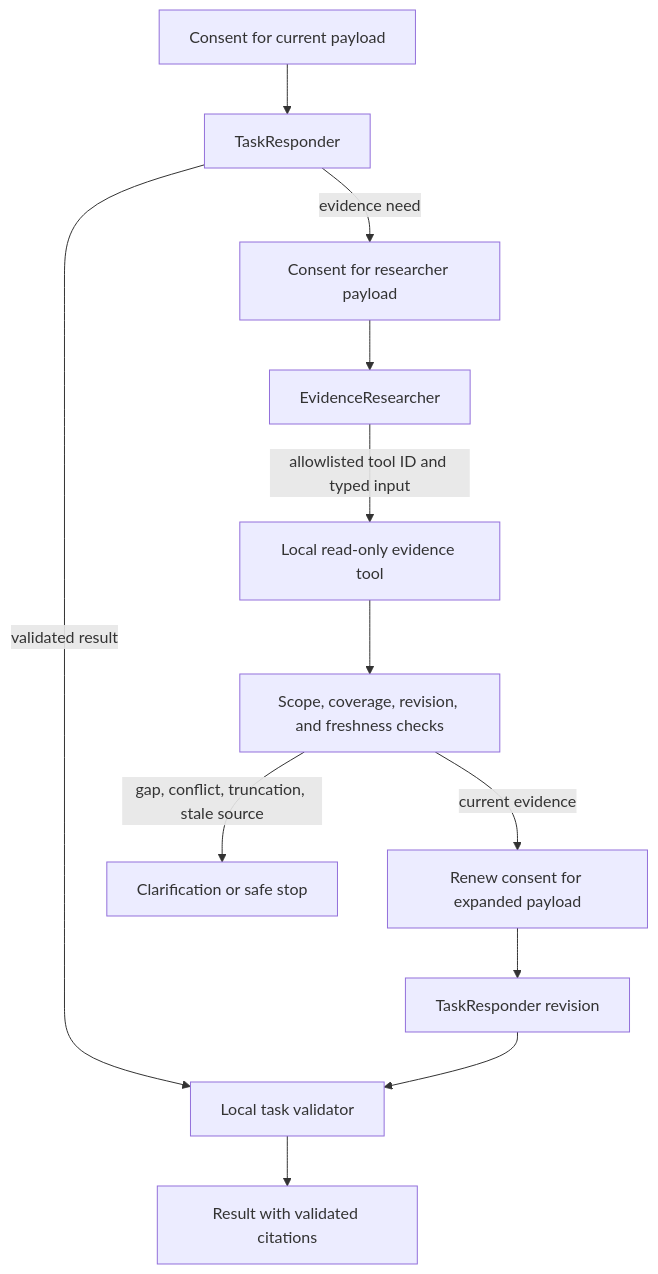
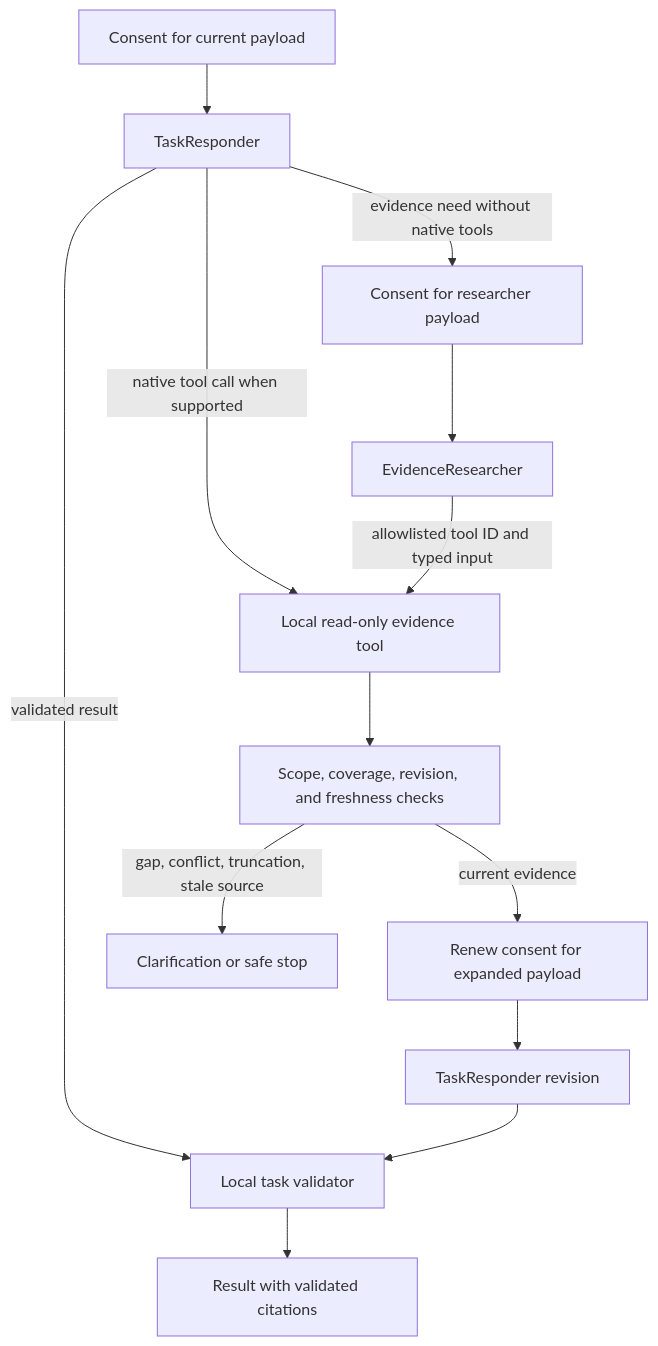
The diagram in docs/multi-agent.md (eunsoogi/orot), drawn with Mermaid before and after one commit. The commit also changed other lines of this file and 3 other files, not shown here.

````diff
--- a/docs/multi-agent.md
+++ b/docs/multi-agent.md
@@ -5,14 +5,15 @@
 ```mermaid
 flowchart TD
     P[Consent for current payload] --> A[TaskResponder]
     A -->|validated result| Z[Local task validator]
-    A -->|evidence need| Q[Consent for researcher payload]
+    A -->|native tool call when supported| C[Local read-only evidence tool]
+    A -->|evidence need without native tools| Q[Consent for researcher payload]
     Q --> B[EvidenceResearcher]
-    B -->|allowlisted tool ID and typed input| C[Local read-only evidence tool]
+    B -->|allowlisted tool ID and typed input| C
     C --> D[Scope, coverage, revision, and freshness checks]
     D -->|current evidence| G[Renew consent for expanded payload]
     G --> E[TaskResponder revision]
     D -->|gap, conflict, truncation, stale source| F[Clarification or safe stop]
     E --> Z
     Z --> H[Result with validated citations]
 ```
````
